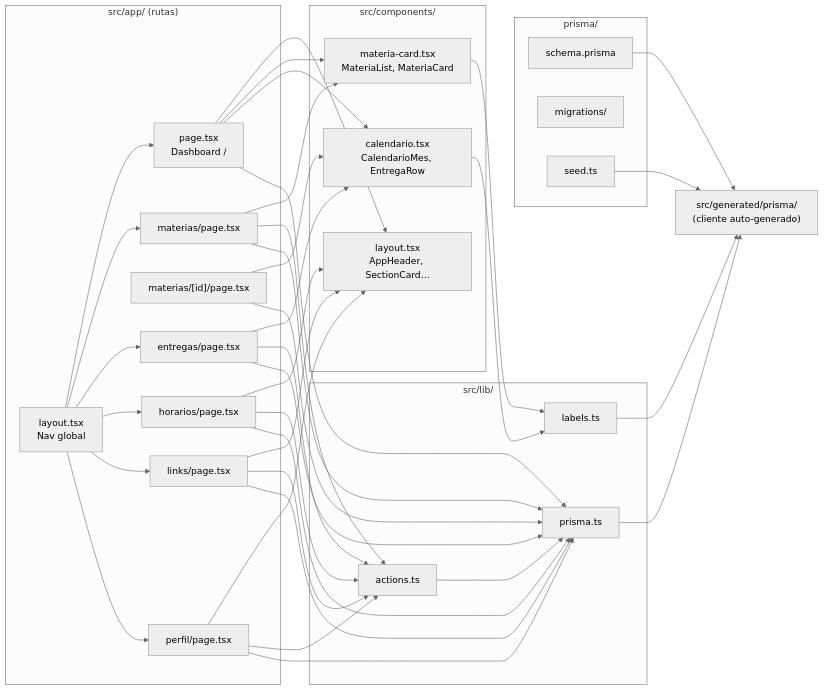
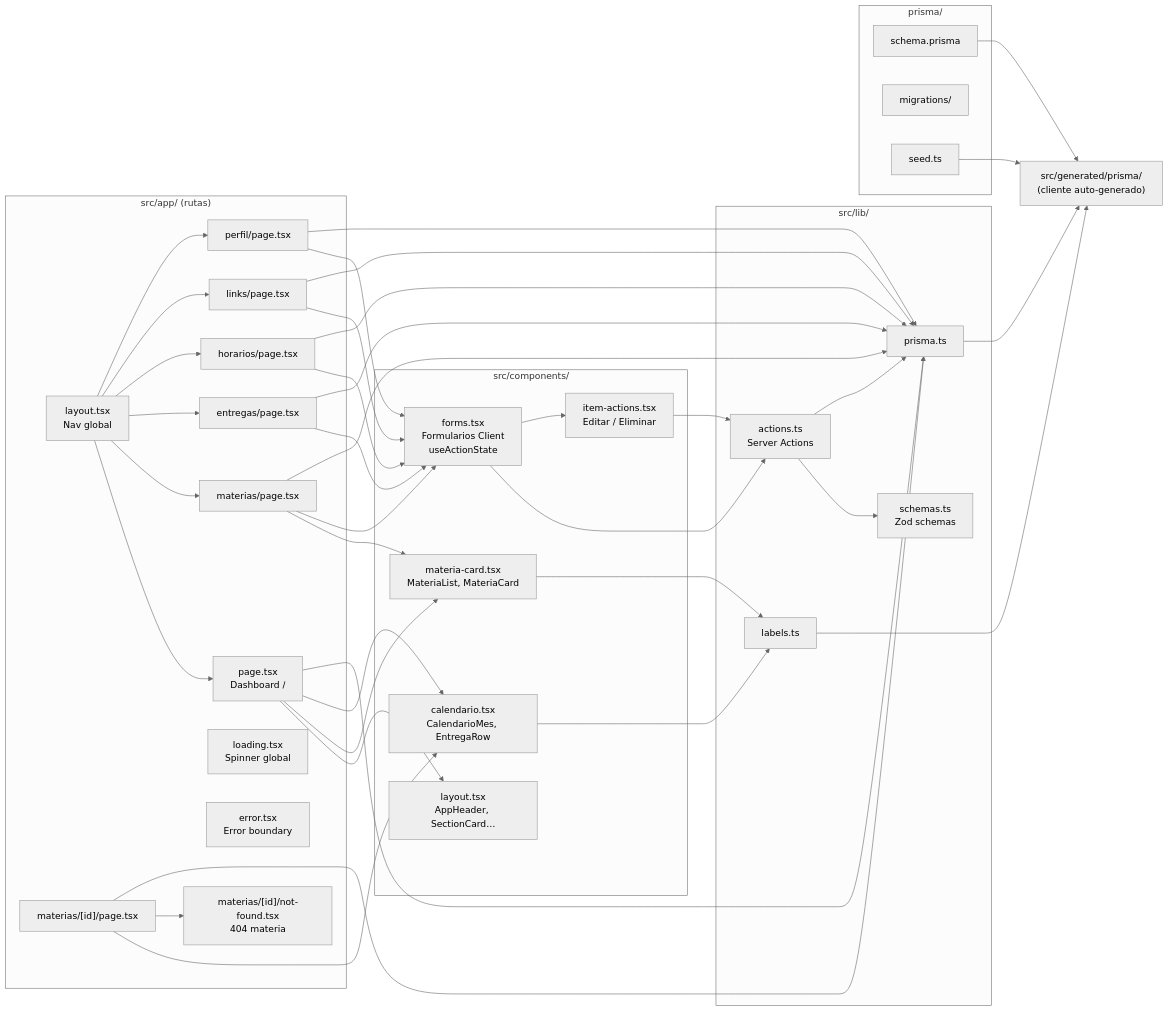
The second of 6 diagrams in README.md (lautioliver/UcaNode), drawn with Mermaid (neutral theme) before and after one commit. The commit also changed other lines of this file and 30 other files, not shown here.

Commit message:
Add error/loading/not-found pages, forms, schemas, theme toggle, rate limit, robots/sitemap, and vitest config

````diff
--- a/README.md
+++ b/README.md
@@ -93,50 +101,60 @@
 ```mermaid
 flowchart LR
     subgraph AppRouter["src/app/ (rutas)"]
         Layout["layout.tsx<br/>Nav global"]
         Home["page.tsx<br/>Dashboard /"]
         Materias["materias/page.tsx"]
         MateriaId["materias/[id]/page.tsx"]
         Entregas["entregas/page.tsx"]
         Horarios["horarios/page.tsx"]
         Links["links/page.tsx"]
         Perfil["perfil/page.tsx"]
+        Loading["loading.tsx<br/>Spinner global"]
+        Error["error.tsx<br/>Error boundary"]
+        NotFound["materias/[id]/not-found.tsx<br/>404 materia"]
     end
 
     subgraph Components["src/components/"]
         LayoutComp["layout.tsx<br/>AppHeader, SectionCard…"]
         MateriaCard["materia-card.tsx<br/>MateriaList, MateriaCard"]
         Calendario["calendario.tsx<br/>CalendarioMes, EntregaRow"]
+        Forms["forms.tsx<br/>Formularios Client<br/>useActionState"]
+        ItemActions["item-actions.tsx<br/>Editar / Eliminar"]
     end
 
     subgraph Lib["src/lib/"]
         Prisma["prisma.ts"]
-        Actions["actions.ts"]
+        Actions["actions.ts<br/>Server Actions"]
         Labels["labels.ts"]
+        Schemas["schemas.ts<br/>Zod schemas"]
     end
 
     subgraph PrismaLayer["prisma/"]
         Schema["schema.prisma"]
         Migration["migrations/"]
         SeedFile["seed.ts"]
     end
 
     Generated["src/generated/prisma/<br/>(cliente auto-generado)"]
 
     Layout --> Home & Materias & Entregas & Horarios & Links & Perfil
     Home --> LayoutComp & MateriaCard & Calendario
-    Materias --> MateriaCard & Actions
-    MateriaId --> Calendario
-    Entregas --> Calendario & Actions
-    Horarios --> LayoutComp & Actions
-    Links --> LayoutComp & Actions
-    Perfil --> LayoutComp & Actions
+    Materias --> MateriaCard
+    MateriaId --> Calendario & NotFound
+
+    Entregas & Horarios & Links & Perfil --> Forms
+    Materias --> Forms
+
+    Forms --> Actions
+    Actions --> Schemas
+    Forms --> ItemActions
+    ItemActions --> Actions
 
     Home & Materias & MateriaId & Entregas & Horarios & Links & Perfil --> Prisma
     Actions --> Prisma
     Prisma --> Generated
     Labels --> Generated
     MateriaCard & Calendario --> Labels
     Schema --> Generated
     SeedFile --> Generated
 ```
````
